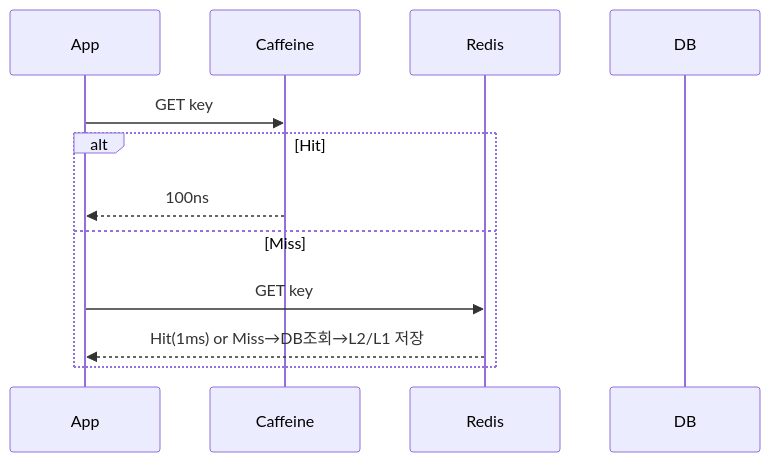
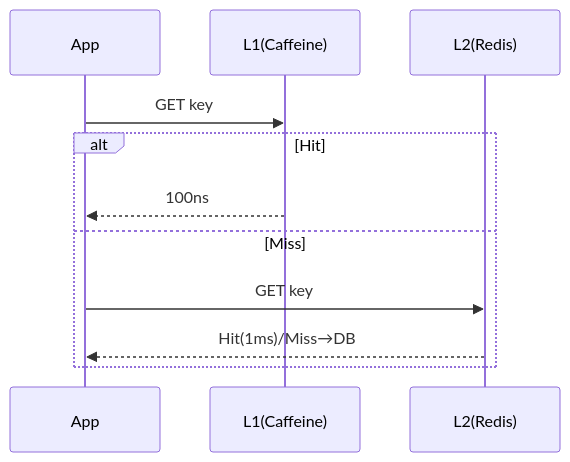
The fourth of 8 diagrams in _posts/caching/2026-05-03-multi-layer-caching.md (yjkim2015/yjkim2015.github.io), drawn with Mermaid before and after one commit. The commit also changed other lines of this file and 155 other files, not shown here.

First line of the commit message:
Mermaid 전면 수정: subgraph 제거, participant/노드/줄수 축소 (342블록)

````diff
--- a/_posts/caching/2026-05-03-multi-layer-caching.md
+++ b/_posts/caching/2026-05-03-multi-layer-caching.md
@@ -192,14 +192,13 @@
 ```mermaid
 sequenceDiagram
     participant App
-    participant L1 as Caffeine
-    participant L2 as Redis
-    participant DB
+    participant L1 as L1(Caffeine)
+    participant L2 as L2(Redis)
     App->>L1: GET key
     alt Hit
         L1-->>App: 100ns
     else Miss
         App->>L2: GET key
-        L2-->>App: Hit(1ms) or Miss→DB조회→L2/L1 저장
+        L2-->>App: Hit(1ms)/Miss→DB
     end
 ```
````
